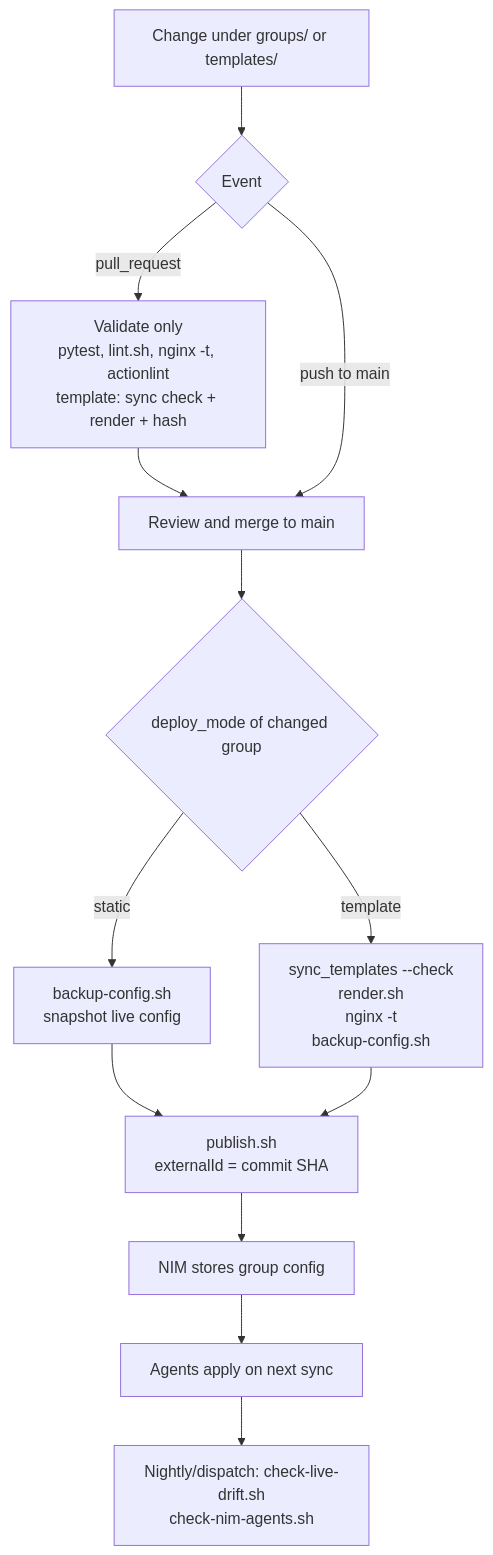
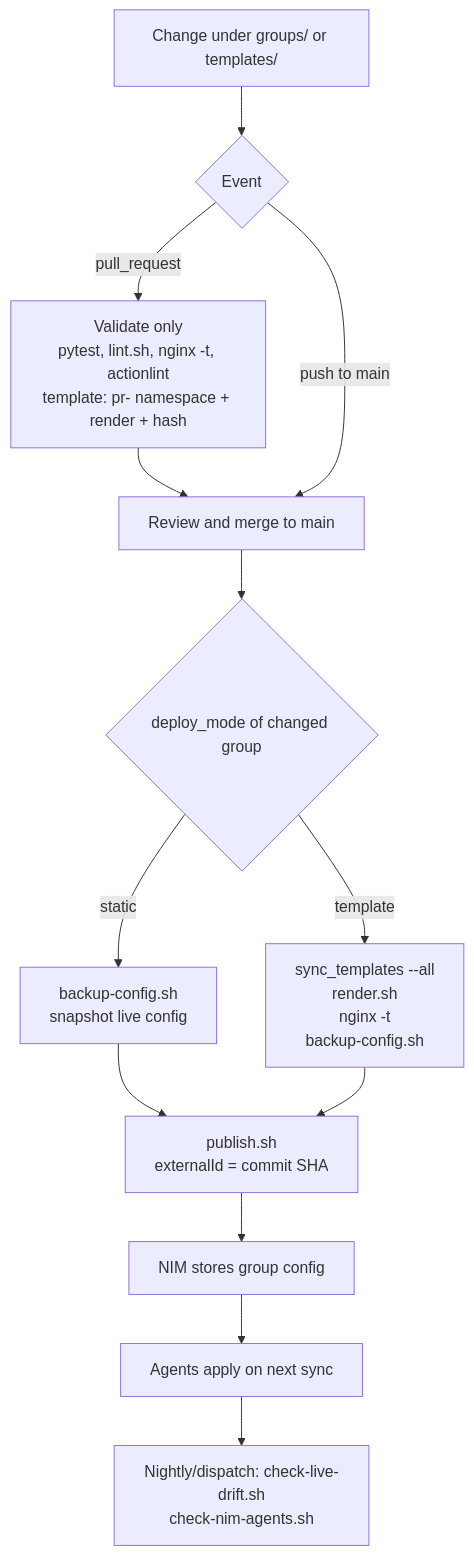
The second of 4 diagrams in docs/workflow.md (keskinege/nginx-config-automation), drawn with Mermaid before and after one commit. The commit also changed other lines of this file and 24 other files, not shown here.

First line of the commit message:
fix: make the render lock namespace-independent and close the follow-ups (#28)

````diff
--- a/docs/workflow.md
+++ b/docs/workflow.md
@@ -75,15 +75,15 @@
 ```mermaid
 flowchart TD
     A["Change under groups/ or templates/"] --> B{"Event"}
-    B -->|pull_request| V["Validate only<br/>pytest, lint.sh, nginx -t, actionlint<br/>template: sync check + render + hash"]
+    B -->|pull_request| V["Validate only<br/>pytest, lint.sh, nginx -t, actionlint<br/>template: pr-<n> namespace + render + hash"]
     V --> C["Review and merge to main"]
     B -->|push to main| C
     C --> D{"deploy_mode of changed group"}
     D -->|static| E["backup-config.sh<br/>snapshot live config"]
-    D -->|template| F["sync_templates --check<br/>render.sh<br/>nginx -t<br/>backup-config.sh"]
+    D -->|template| F["sync_templates --all<br/>render.sh<br/>nginx -t<br/>backup-config.sh"]
     E --> G["publish.sh<br/>externalId = commit SHA"]
     F --> G
     G --> H["NIM stores group config"]
     H --> I["Agents apply on next sync"]
     I --> J["Nightly/dispatch: check-live-drift.sh<br/>check-nim-agents.sh"]
 ```
````
